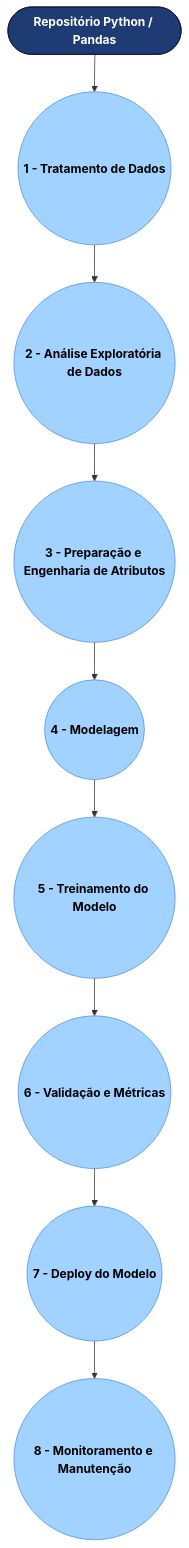
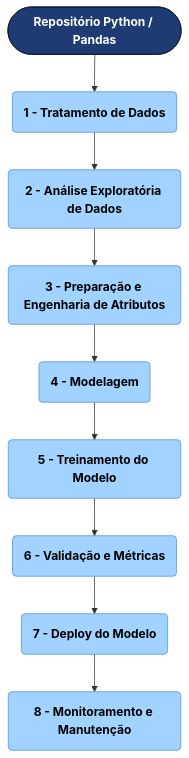
One commit to JoaoMarcelo22/Python changed the diagram in README.md. Above: the diagram before and after it, drawn with Mermaid. The commit also changed other lines of this file, not shown here.

````diff
--- a/README.md
+++ b/README.md
@@ -39,23 +21,23 @@
 ```mermaid
 flowchart TD
 
     %% ===== MENU PRINCIPAL =====
     A([Repositório Python / Pandas])
 
     %% ===== FLUXO =====
-    A --> B((1 - Tratamento de Dados))
-    B --> C((2 - Análise Exploratória de Dados))
-    C --> D((3 - Preparação e Engenharia de Atributos))
-    D --> E((4 - Modelagem))
-    E --> F((5 - Treinamento do Modelo))
-    F --> G((6 - Validação e Métricas))
-    G --> H((7 - Deploy do Modelo))
-    H --> I((8 - Monitoramento e Manutenção))
+    A --> B(1 - Tratamento de Dados)
+    B --> C(2 - Análise Exploratória de Dados)
+    C --> D(3 - Preparação e Engenharia de Atributos)
+    D --> E(4 - Modelagem)
+    E --> F(5 - Treinamento do Modelo)
+    F --> G(6 - Validação e Métricas)
+    G --> H(7 - Deploy do Modelo)
+    H --> I(8 - Monitoramento e Manutenção)
 
     %% ===== ESTILOS =====
     classDef menu fill:#1F3B73,stroke:#0D1A33,color:white,font-weight:bold;
     classDef etapa fill:#A2D2FF,stroke:#4A90E2,color:#000,font-weight:bold;
 
     class A menu;
     class B,C,D,E,F,G,H,I etapa;
 ```
````
